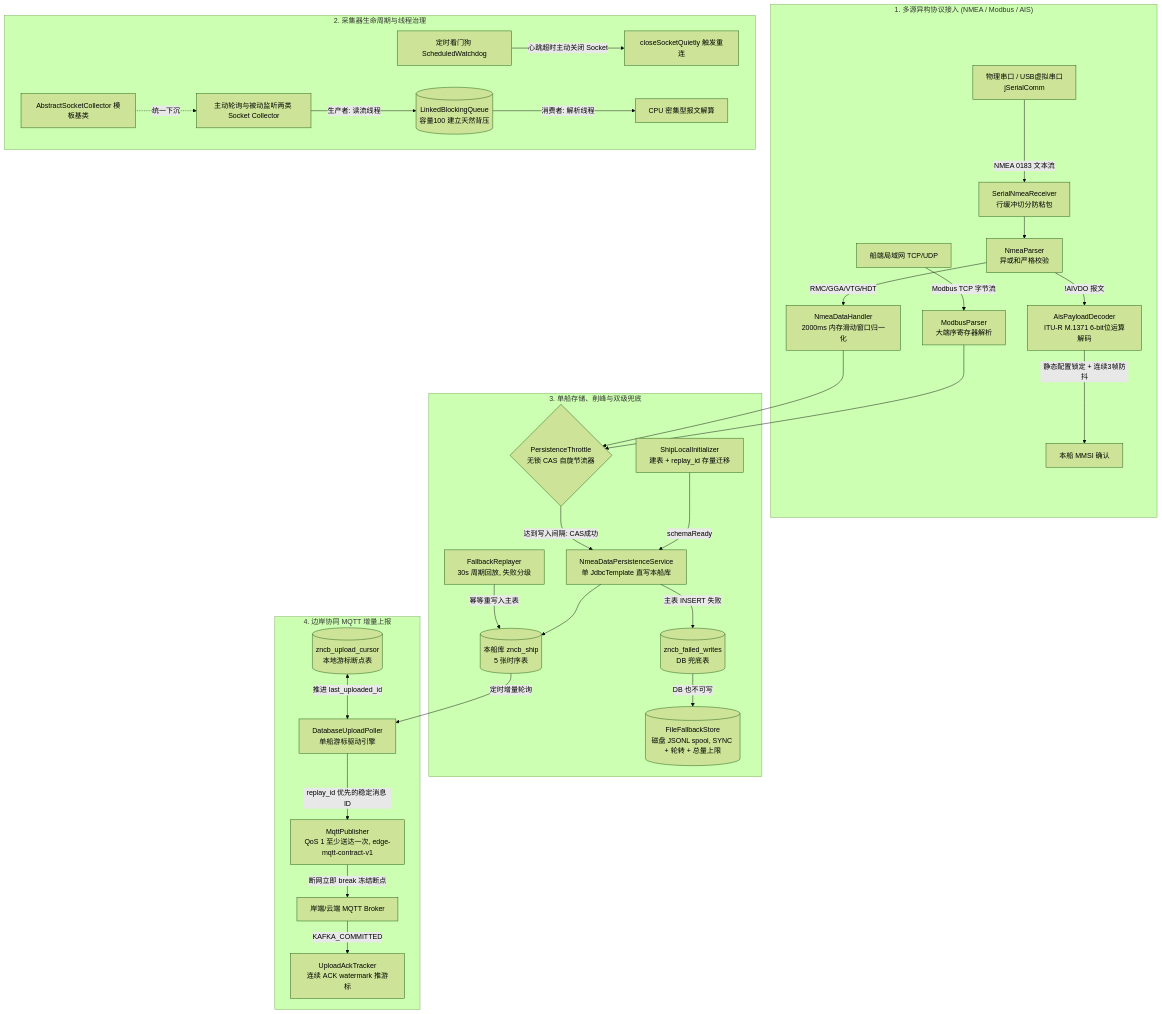
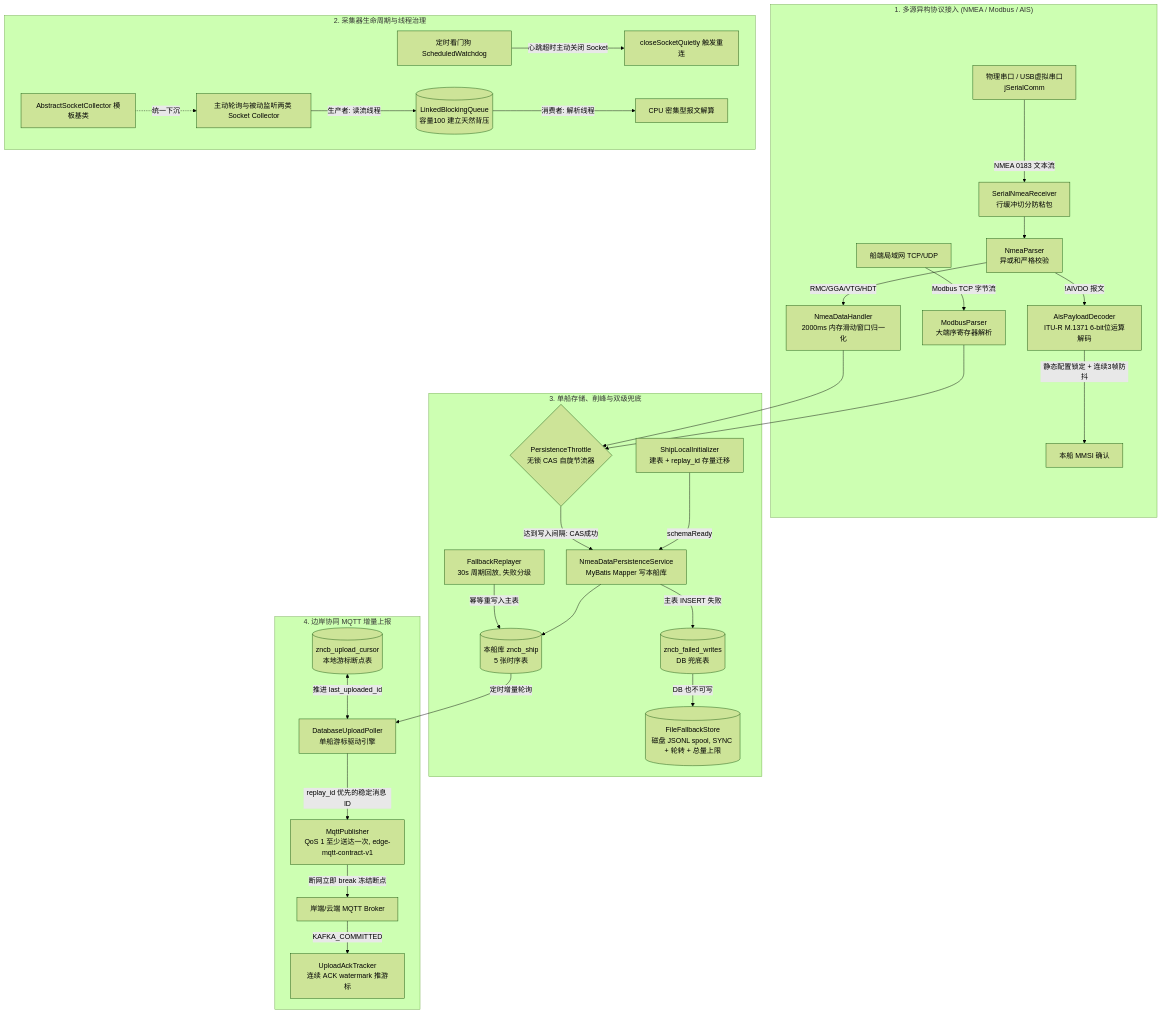
Before and after one commit to Thehe01/Smartship: the diagram in README.md, drawn with Mermaid (forest theme). The commit also changed other lines of this file and 25 other files, not shown here.

Commit message:
Migrate telemetry persistence and upload cursors to MyBatis

````diff
--- a/README.md
+++ b/README.md
@@ -16,37 +17,37 @@
 ```mermaid
 flowchart TD
     subgraph 物理与网络链路接入 ["1. 多源异构协议接入 (NMEA / Modbus / AIS)"]
         COM[物理串口 / USB虚拟串口<br/>jSerialComm] -->|NMEA 0183 文本流| SerialRec[SerialNmeaReceiver<br/>行缓冲切分防粘包]
         NET[船端局域网 TCP/UDP] -->|Modbus TCP 字节流| ModbusP[ModbusParser<br/>大端序寄存器解析]
         SerialRec --> NmeaP[NmeaParser<br/>异或和严格校验]
         NmeaP -->|!AIVDO 报文| AisDec[AisPayloadDecoder<br/>ITU-R M.1371 6-bit位运算解码]
         NmeaP -->|RMC/GGA/VTG/HDT| Handler[NmeaDataHandler<br/>2000ms 内存滑动窗口归一化]
         AisDec -->|静态配置锁定 + 连续3帧防抖| MMSI[本船 MMSI 确认]
     end
 
     subgraph 采集器生命周期治理 ["2. 采集器生命周期与线程治理"]
         BaseColl[AbstractSocketCollector 模板基类] -.->|统一下沉| Impl[主动轮询与被动监听两类 Socket Collector]
         Watchdog[定时看门狗 ScheduledWatchdog] -->|心跳超时主动关闭 Socket| CloseSock[closeSocketQuietly 触发重连]
         Impl -->|生产者: 读流线程| BoundedQ[(LinkedBlockingQueue<br/>容量100 建立天然背压)]
         BoundedQ -->|消费者: 解析线程| Process[CPU 密集型报文解算]
     end
 
     subgraph 存储与保护 ["3. 单船存储、削峰与双级兜底"]
         Handler --> Throttle{PersistenceThrottle<br/>无锁 CAS 自旋节流器}
         ModbusP --> Throttle
-        Throttle -->|达到写入间隔: CAS成功| Persist[NmeaDataPersistenceService<br/>单 JdbcTemplate 直写本船库]
+        Throttle -->|达到写入间隔: CAS成功| Persist[NmeaDataPersistenceService<br/>MyBatis Mapper 写本船库]
         Init[ShipLocalInitializer<br/>建表 + replay_id 存量迁移] -->|schemaReady| Persist
         Persist -->|主表 INSERT 失败| DbFb[(zncb_failed_writes<br/>DB 兜底表)]
         DbFb -->|DB 也不可写| Spool[(FileFallbackStore<br/>磁盘 JSONL spool, SYNC + 轮转 + 总量上限)]
         Replayer[FallbackReplayer<br/>30s 周期回放, 失败分级] -->|幂等重写入主表| ShipDB[(本船库 zncb_ship<br/>5 张时序表)]
         Persist --> ShipDB
     end
 
     subgraph 边岸协同上报 ["4. 边岸协同 MQTT 增量上报"]
         ShipDB -->|定时增量轮询| Poller[DatabaseUploadPoller<br/>单船游标驱动引擎]
         Cursor[(zncb_upload_cursor<br/>本地游标断点表)] <-->|推进 last_uploaded_id| Poller
         Poller -->|replay_id 优先的稳定消息 ID| MqttPub[MqttPublisher<br/>QoS 1 至少送达一次, edge-mqtt-contract-v1]
         MqttPub -->|断网立即 break 冻结断点| Cloud[岸端/云端 MQTT Broker]
         Cloud -->|KAFKA_COMMITTED| Ack[UploadAckTracker<br/>连续 ACK watermark 推游标]
     end
 ```
````
